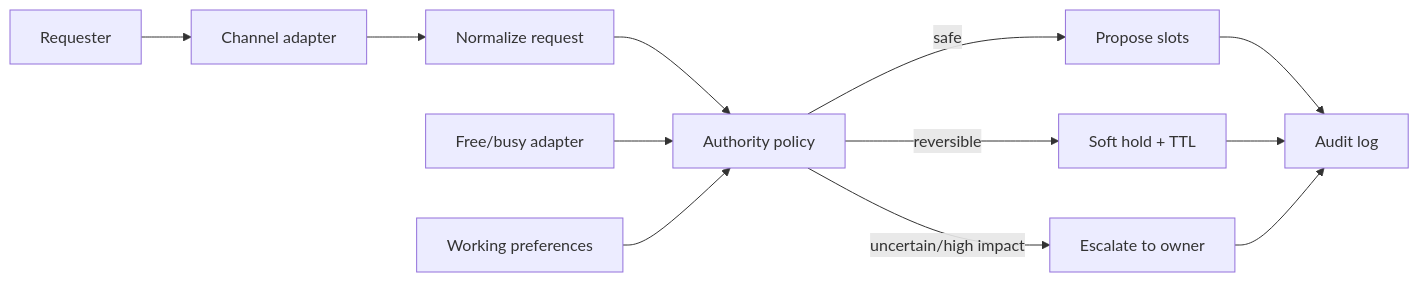
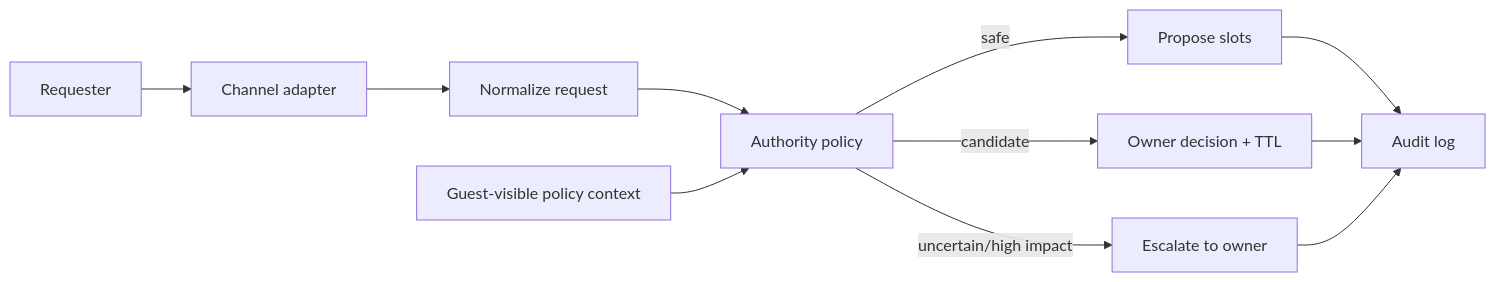
The diagram in README.md (simon5530/agent-liaison), drawn with Mermaid before and after one commit. The commit also changed other lines of this file and 13 other files, not shown here.

````diff
--- a/README.md
+++ b/README.md
@@ -70,14 +71,13 @@
 ```mermaid
 flowchart LR
     R[Requester] --> C[Channel adapter]
     C --> N[Normalize request]
     N --> P[Authority policy]
-    A[Free/busy adapter] --> P
-    W[Working preferences] --> P
+    W[Guest-visible policy context] --> P
     P -->|safe| S[Propose slots]
-    P -->|reversible| H[Soft hold + TTL]
+    P -->|candidate| H[Owner decision + TTL]
     P -->|uncertain/high impact| E[Escalate to owner]
     S --> L[Audit log]
     H --> L
     E --> L
 ```
````
